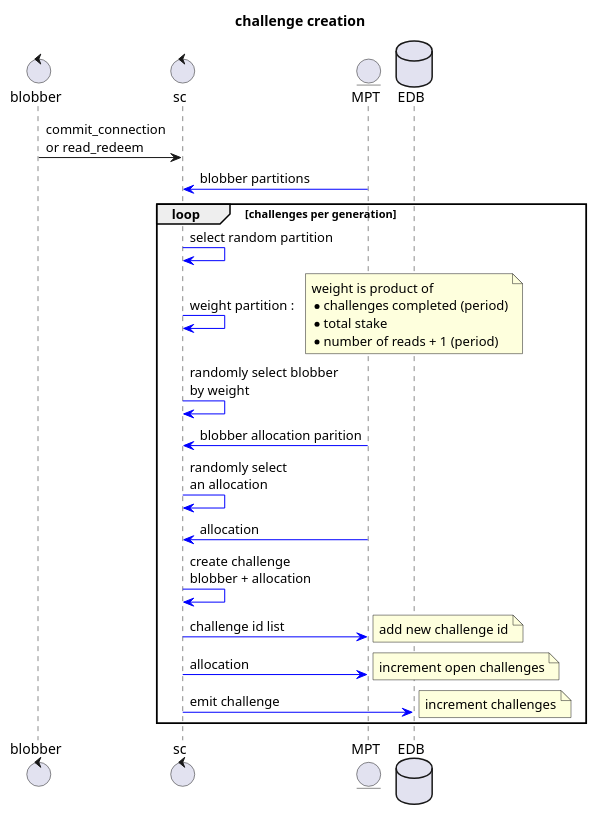
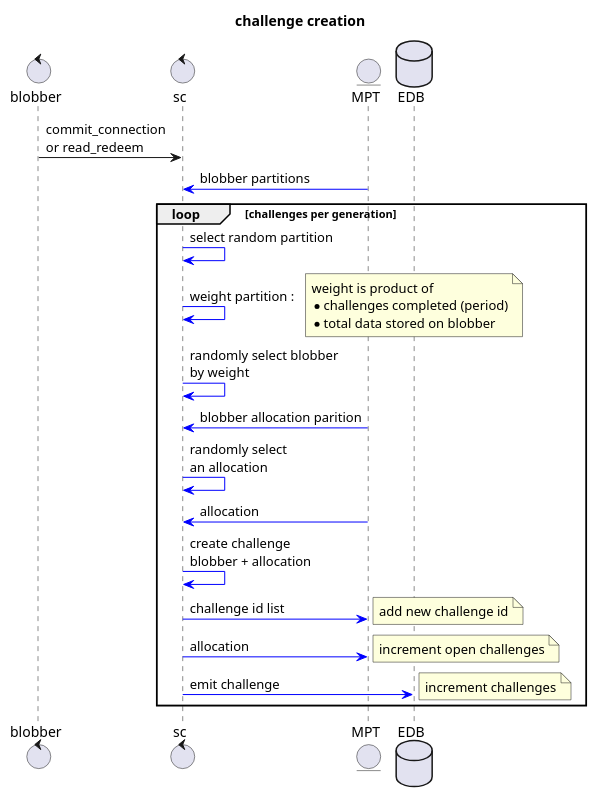
The third of 6 diagrams in docs/challenges.puml (Marcin199626/0chain), drawn with PlantUML before and after one commit. The commit also changed other lines of this file, not shown here.

```diff
--- a/docs/challenges.puml
+++ b/docs/challenges.puml
@@ -106,36 +106,35 @@
 @startuml
 title challenge creation
 control blobber
 control sc
 entity MPT
 database EDB
 blobber -> sc : commit_connection\nor read_redeem
     MPT -[#blue]> sc : blobber partitions
     loop challenges per generation
         sc -[#blue]> sc : select random partition
         sc -[#blue]>sc : weight partition :
         note right
             weight is product of
             * challenges completed (period)
-            * total stake
-            * number of reads + 1 (period)
+            * total data stored on blobber
         end note
         sc -[#blue]> sc : randomly select blobber\nby weight
         MPT -[#blue]> sc : blobber allocation parition
         sc -[#blue]> sc : randomly select\nan allocation
         MPT -[#blue]> sc : allocation
         sc -[#blue]> sc : create challenge\nblobber + allocation
         sc -[#blue]> MPT : challenge id list
         note right
             add new challenge id
         end note
         sc -[#blue]> MPT : allocation
        note right
           increment open challenges
        end note
         sc -[#blue]> EDB : emit challenge
         note right
             increment challenges
         end note
     end
 @enduml
```
